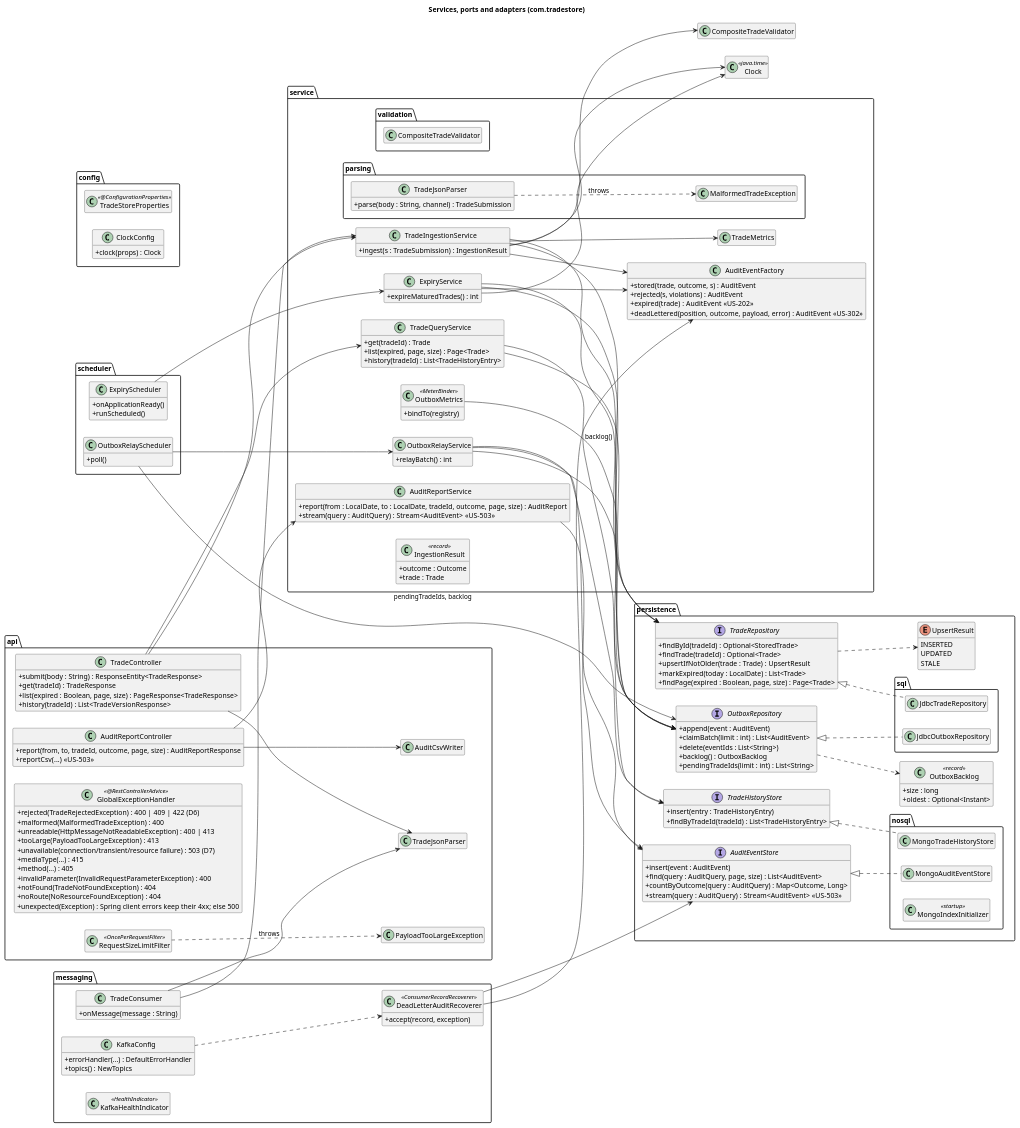
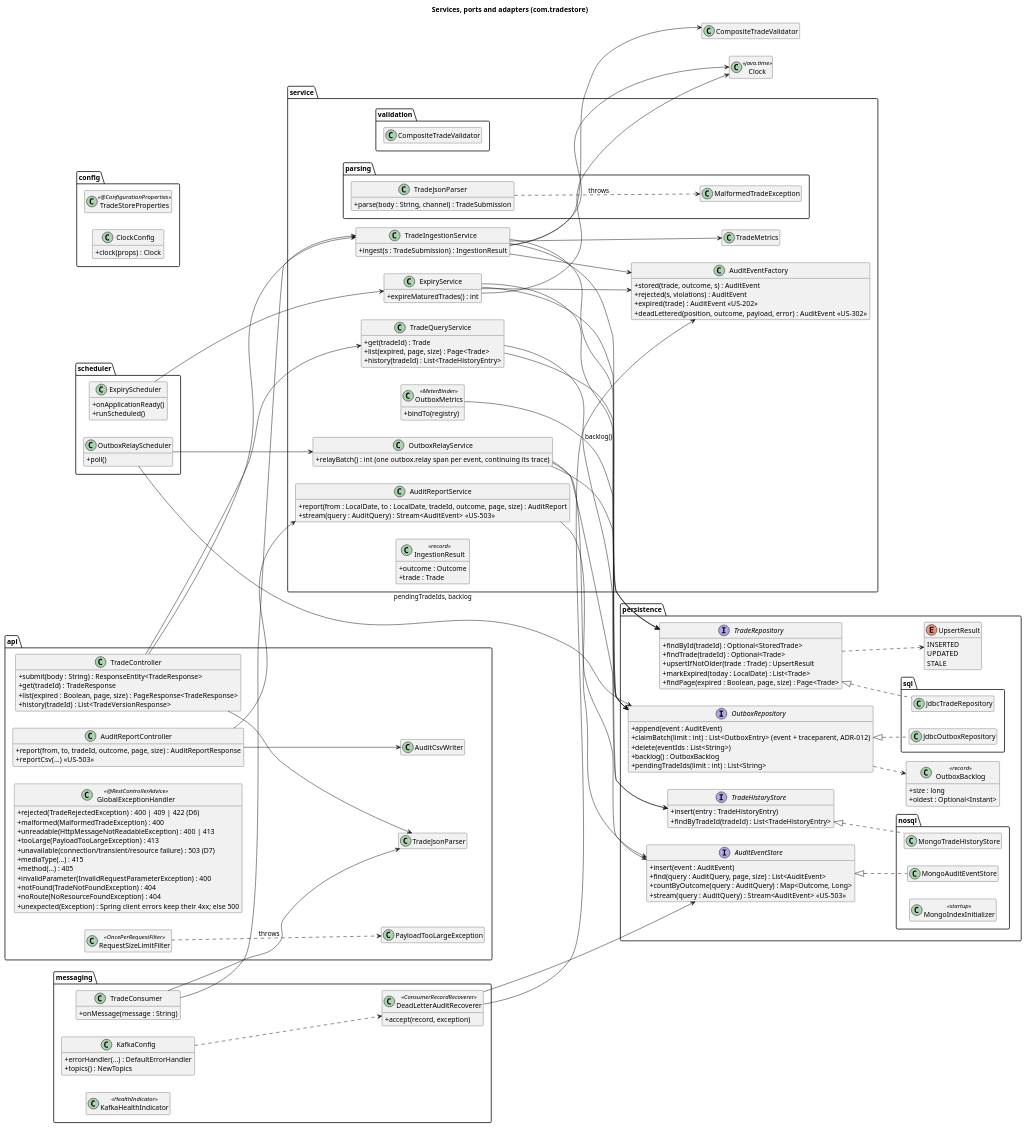
One commit to kuldipkumar/Trade-store changed the diagram in docs/diagrams/05-class-components.puml. Above: the diagram before and after it, drawn with PlantUML. The commit also changed 13 other files, not shown here.

First line of the commit message:
fix: A-46 rejections close their span cleanly; no traces for scrapes, probes or idle relay polls; logs panel uses the level metadata; review nits

```diff
--- a/docs/diagrams/05-class-components.puml
+++ b/docs/diagrams/05-class-components.puml
@@ -63,7 +63,7 @@
     + expireMaturedTrades() : int
   }
   class OutboxRelayService {
-    + relayBatch() : int
+    + relayBatch() : int  (one outbox.relay span per event, continuing its trace)
   }
   class AuditReportService {
     + report(from : LocalDate, to : LocalDate, tradeId, outcome, page, size) : AuditReport
@@ -100,7 +100,7 @@
   }
   interface OutboxRepository {
     + append(event : AuditEvent)
-    + claimBatch(limit : int) : List<AuditEvent>
+    + claimBatch(limit : int) : List<OutboxEntry>  (event + traceparent, ADR-012)
     + delete(eventIds : List<String>)
     + backlog() : OutboxBacklog
     + pendingTradeIds(limit : int) : List<String>
```
